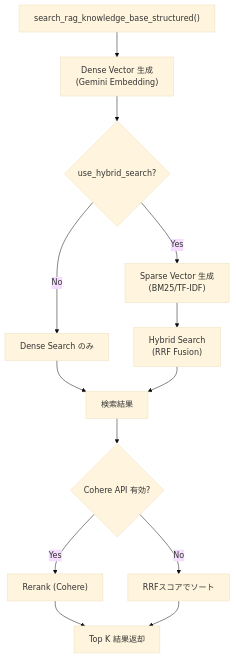
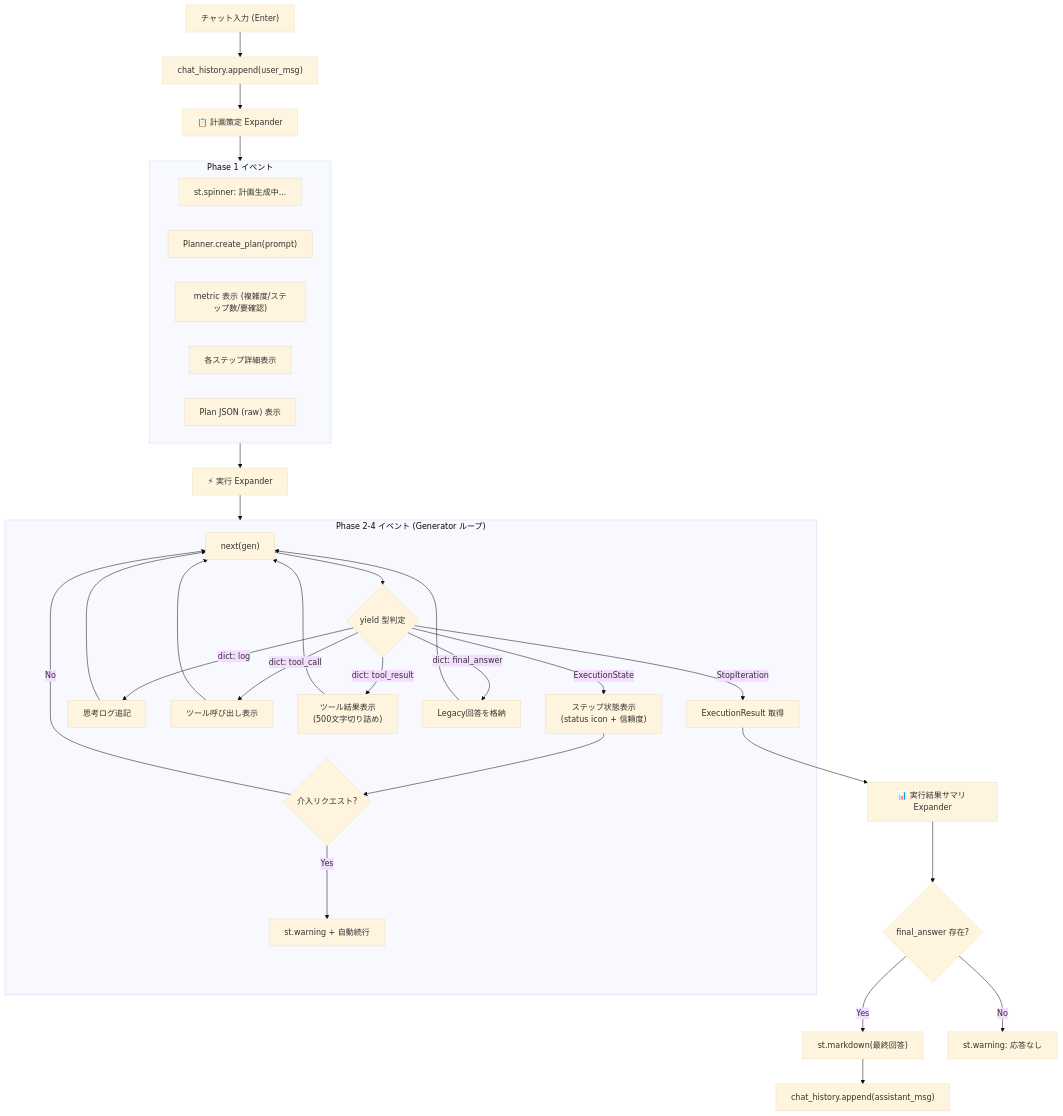
Diagram 12 of 13 in ui/doc/grace_chat_page.md (nakashima2toshio/gemini_grace_agent), drawn with Mermaid (base theme) before and after one commit. The commit also changed other lines of this file and 26 other files, not shown here.

````diff
--- a/ui/doc/grace_chat_page.md
+++ b/ui/doc/grace_chat_page.md
@@ -655,15 +1231,46 @@
 ```mermaid
 flowchart TB
-    A["search_rag_knowledge_base_structured()"] --> B["Dense Vector 生成<br/>(Gemini Embedding)"]
-    B --> C{"use_hybrid_search?"}
-    C -->|Yes| D["Sparse Vector 生成<br/>(BM25/TF-IDF)"]
-    C -->|No| E["Dense Search のみ"]
-    D --> F["Hybrid Search<br/>(RRF Fusion)"]
-    E --> G["検索結果"]
-    F --> G
-    G --> H{"Cohere API 有効?"}
-    H -->|Yes| I["Rerank (Cohere)"]
-    H -->|No| J["RRFスコアでソート"]
-    I --> K["Top K 結果返却"]
-    J --> K
+    A["チャット入力 (Enter)"] --> B["chat_history.append(user_msg)"]
+    B --> C["📋 計画策定 Expander"]
+
+    subgraph PlanEvents["Phase 1 イベント"]
+        C1["st.spinner: 計画生成中..."]
+        C2["Planner.create_plan(prompt)"]
+        C3["metric 表示 (複雑度/ステップ数/要確認)"]
+        C4["各ステップ詳細表示"]
+        C5["Plan JSON (raw) 表示"]
+    end
+    C --> PlanEvents
+
+    PlanEvents --> D["⚡ 実行 Expander"]
+
+    subgraph ExecEvents["Phase 2-4 イベント (Generator ループ)"]
+        D1["next(gen)"]
+        D1 --> D2{"yield 型判定"}
+        D2 -->|ExecutionState| D3["ステップ状態表示<br/>(status icon + 信頼度)"]
+        D3 --> D3a{"介入リクエスト?"}
+        D3a -->|Yes| D3b["st.warning + 自動続行"]
+        D3a -->|No| D1
+
+        D2 -->|dict: log| D4["思考ログ追記"]
+        D4 --> D1
+
+        D2 -->|dict: tool_call| D5["ツール呼び出し表示"]
+        D5 --> D1
+
+        D2 -->|dict: tool_result| D6["ツール結果表示<br/>(500文字切り詰め)"]
+        D6 --> D1
+
+        D2 -->|dict: final_answer| D7["Legacy回答を格納"]
+        D7 --> D1
+
+        D2 -->|StopIteration| D8["ExecutionResult 取得"]
+    end
+    D --> ExecEvents
+
+    D8 --> E["📊 実行結果サマリ Expander"]
+    E --> F{"final_answer 存在?"}
+    F -->|Yes| G["st.markdown(最終回答)"]
+    G --> H["chat_history.append(assistant_msg)"]
+    F -->|No| I["st.warning: 応答なし"]
 ```
````
